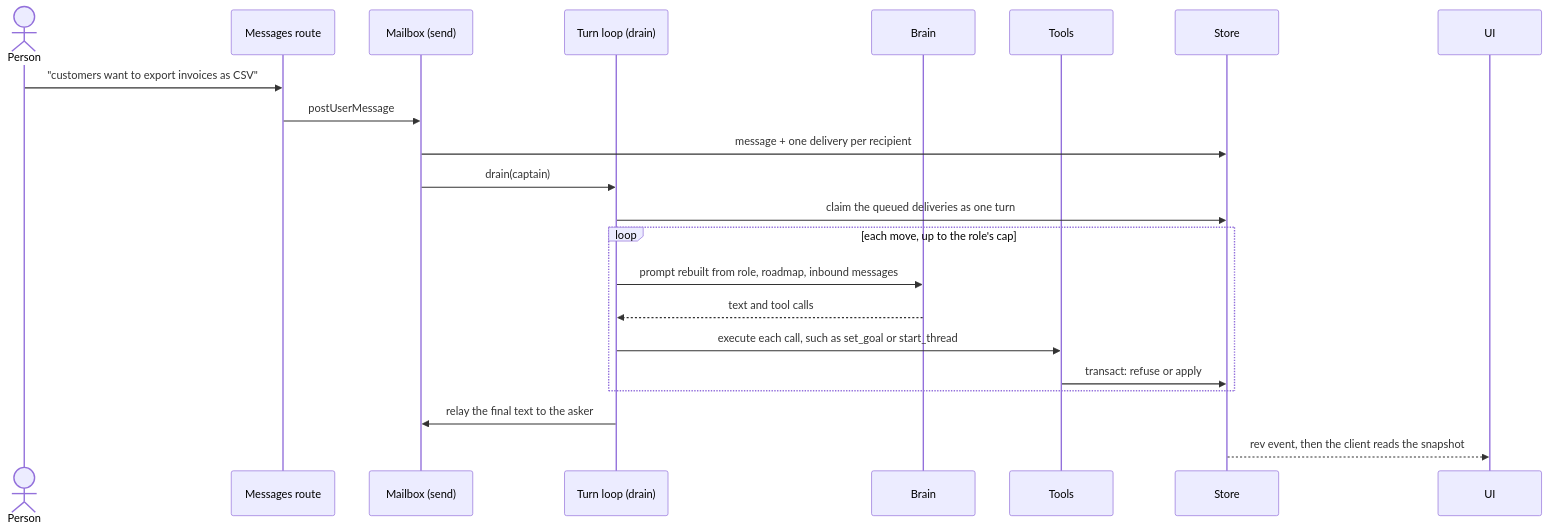
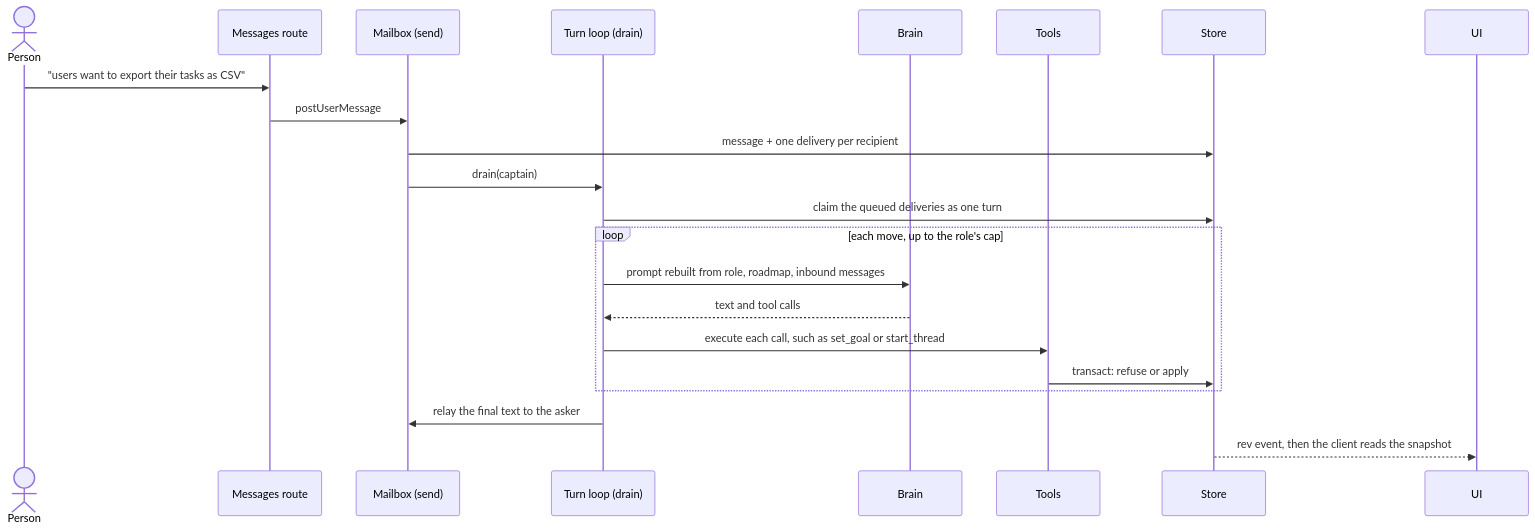
Before and after one commit to micic-mihajlo/bob: the first of 3 diagrams in docs/ARCHITECTURE.md, drawn with Mermaid. The commit also changed other lines of this file and 8 other files, not shown here.

````diff
--- a/docs/ARCHITECTURE.md
+++ b/docs/ARCHITECTURE.md
@@ -25,25 +25,25 @@
 ```mermaid
 sequenceDiagram
   actor P as Person
   participant API as Messages route
   participant MB as Mailbox (send)
   participant T as Turn loop (drain)
   participant BR as Brain
   participant TL as Tools
   participant S as Store
   participant UI as UI
 
-  P->>API: "customers want to export invoices as CSV"
+  P->>API: "users want to export their tasks as CSV"
   API->>MB: postUserMessage
   MB->>S: message + one delivery per recipient
   MB->>T: drain(captain)
   T->>S: claim the queued deliveries as one turn
   loop each move, up to the role's cap
     T->>BR: prompt rebuilt from role, roadmap, inbound messages
     BR-->>T: text and tool calls
     T->>TL: execute each call, such as set_goal or start_thread
     TL->>S: transact: refuse or apply
   end
   T->>MB: relay the final text to the asker
   S-->>UI: rev event, then the client reads the snapshot
 ```
````
